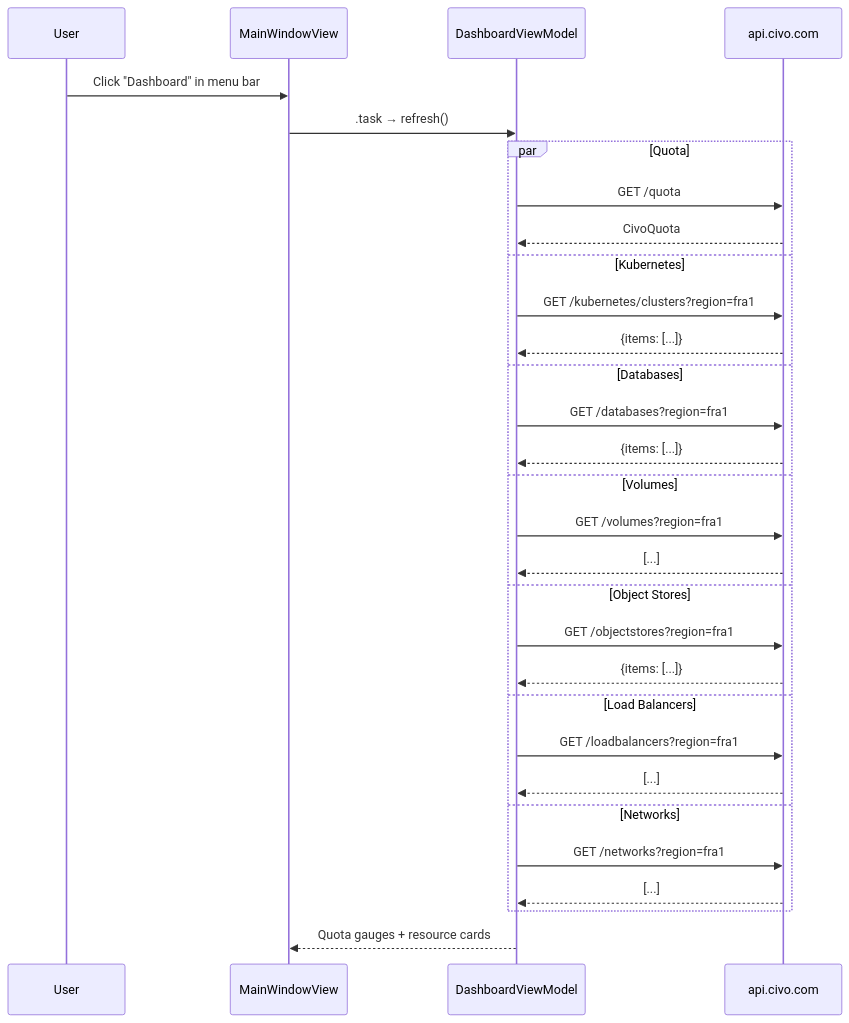
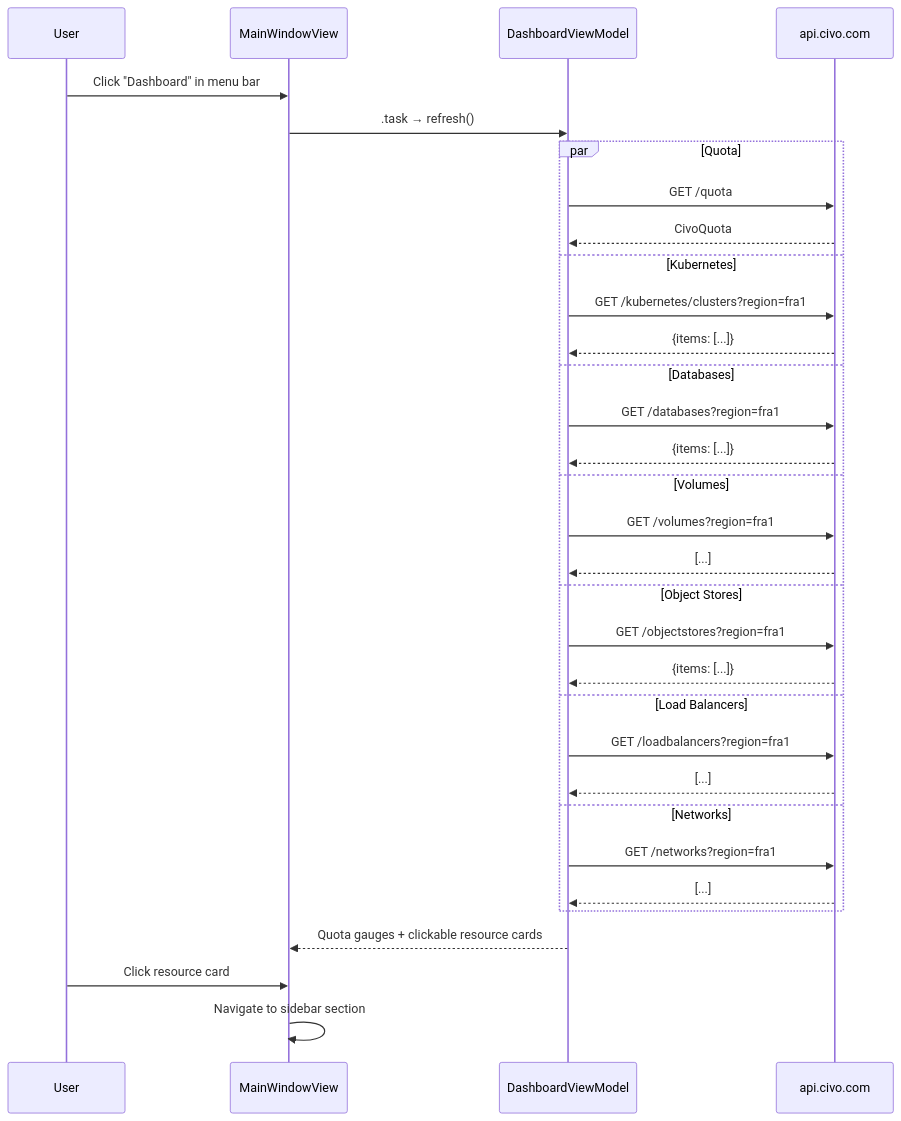
The fifth of 8 diagrams in README.md (marcelrgberger/civo-cloud-manager), drawn with Mermaid before and after one commit. The commit also changed other lines of this file and 1 other file, not shown here.

First line of the commit message:
Update README and CLAUDE.md with full CRUD docs, new Mermaid diagrams, and project structure

````diff
--- a/README.md
+++ b/README.md
@@ -412,35 +490,37 @@
 ```mermaid
 sequenceDiagram
     participant U as User
     participant MW as MainWindowView
     participant D as DashboardViewModel
     participant API as api.civo.com
 
     U->>MW: Click "Dashboard" in menu bar
     MW->>D: .task → refresh()
 
     par Quota
         D->>API: GET /quota
         API-->>D: CivoQuota
     and Kubernetes
         D->>API: GET /kubernetes/clusters?region=fra1
         API-->>D: {items: [...]}
     and Databases
         D->>API: GET /databases?region=fra1
         API-->>D: {items: [...]}
     and Volumes
         D->>API: GET /volumes?region=fra1
         API-->>D: [...]
     and Object Stores
         D->>API: GET /objectstores?region=fra1
         API-->>D: {items: [...]}
     and Load Balancers
         D->>API: GET /loadbalancers?region=fra1
         API-->>D: [...]
     and Networks
         D->>API: GET /networks?region=fra1
         API-->>D: [...]
     end
 
-    D-->>MW: Quota gauges + resource cards
+    D-->>MW: Quota gauges + clickable resource cards
+    U->>MW: Click resource card
+    MW->>MW: Navigate to sidebar section
 ```
````
